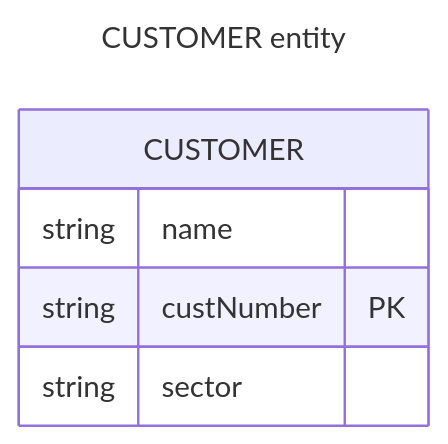
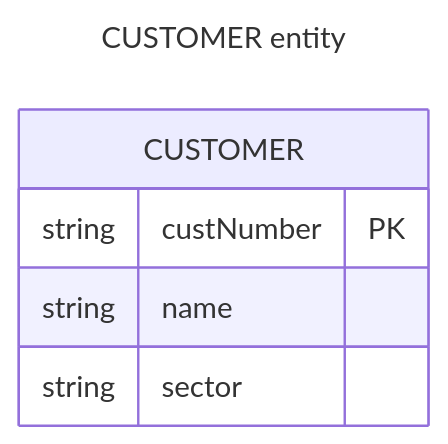
Before and after one commit to zi-ang-liu/jb-database: the first of 3 diagrams in database/contents/er_model/er_model.md, drawn with Mermaid. The commit also changed other lines of this file, not shown here.

````diff
--- a/database/contents/er_model/er_model.md
+++ b/database/contents/er_model/er_model.md
@@ -101,11 +92,11 @@
 ```{mermaid}
 ---
 title: CUSTOMER entity
 ---
 erDiagram
     CUSTOMER {
+            string custNumber PK
             string name
-            string custNumber PK
             string sector
         }
 ```
````
